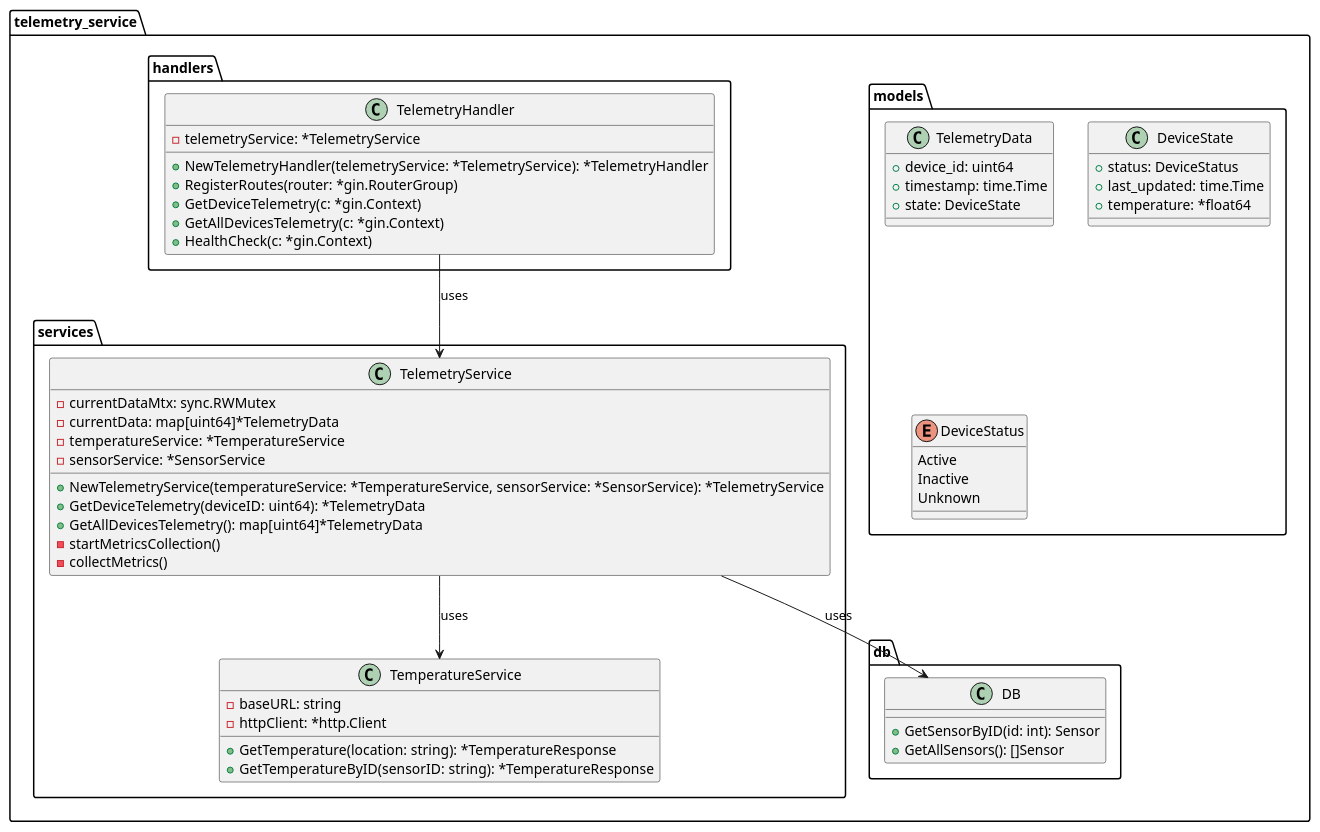
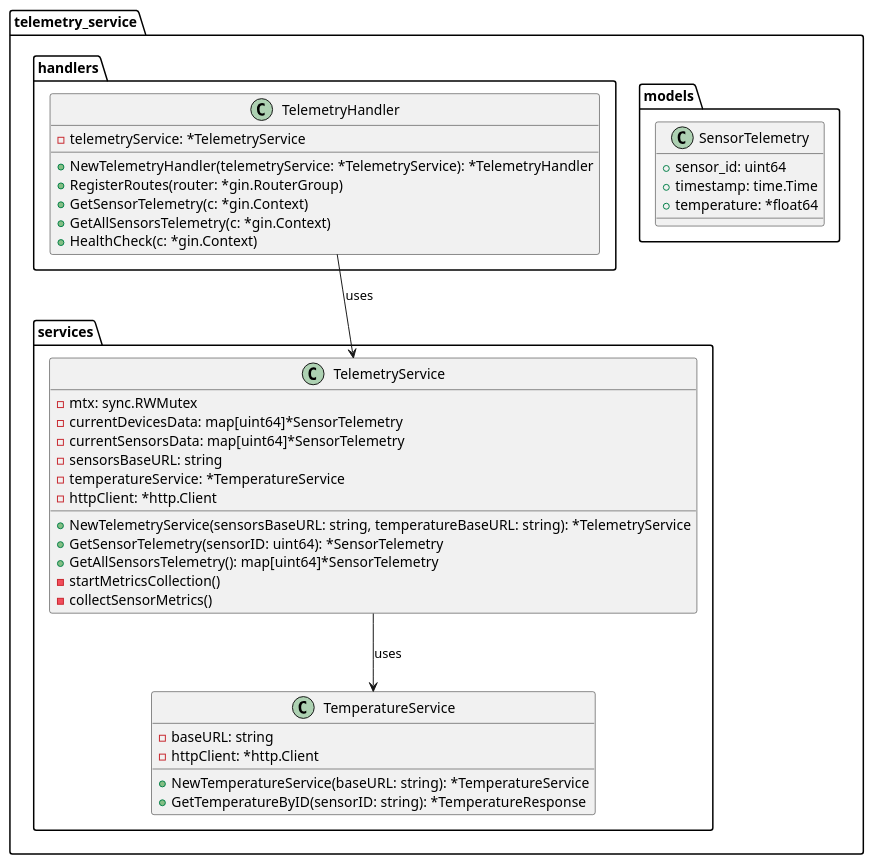
One commit to Ayrtat/architecture-pro-warmhouse changed the diagram in diagrams/microservices/code/telemetry.puml. Above: the diagram before and after it, drawn with PlantUML. The commit also changed 41 other files, not shown here.

```diff
--- a/diagrams/microservices/code/telemetry.puml
+++ b/diagrams/microservices/code/telemetry.puml
@@ -1,71 +1,52 @@
 @startuml
 package "telemetry_service" {
   package "models" {
-    class TelemetryData {
-      + device_id: uint64
+    class SensorTelemetry {
+      + sensor_id: uint64
       + timestamp: time.Time
-      + state: DeviceState
-    }
-
-    class DeviceState {
-      + status: DeviceStatus
-      + last_updated: time.Time
       + temperature: *float64
-    }
-
-    enum DeviceStatus {
-      Active
-      Inactive
-      Unknown
     }
   }
 
   package "handlers" {
     class TelemetryHandler {
       - telemetryService: *TelemetryService
       
       + NewTelemetryHandler(telemetryService: *TelemetryService): *TelemetryHandler
       + RegisterRoutes(router: *gin.RouterGroup)
-      + GetDeviceTelemetry(c: *gin.Context)
-      + GetAllDevicesTelemetry(c: *gin.Context)
+      + GetSensorTelemetry(c: *gin.Context)
+      + GetAllSensorsTelemetry(c: *gin.Context)
       + HealthCheck(c: *gin.Context)
     }
   }
 
   package "services" {
     class TelemetryService {
-      - currentDataMtx: sync.RWMutex
-      - currentData: map[uint64]*TelemetryData
+      - mtx: sync.RWMutex
+      - currentDevicesData: map[uint64]*SensorTelemetry
+      - currentSensorsData: map[uint64]*SensorTelemetry
+      - sensorsBaseURL: string
       - temperatureService: *TemperatureService
-      - sensorService: *SensorService
+      - httpClient: *http.Client
 
-      + NewTelemetryService(temperatureService: *TemperatureService, sensorService: *SensorService): *TelemetryService
-      + GetDeviceTelemetry(deviceID: uint64): *TelemetryData
-      + GetAllDevicesTelemetry(): map[uint64]*TelemetryData
+      + NewTelemetryService(sensorsBaseURL: string, temperatureBaseURL: string): *TelemetryService
+      + GetSensorTelemetry(sensorID: uint64): *SensorTelemetry
+      + GetAllSensorsTelemetry(): map[uint64]*SensorTelemetry
       - startMetricsCollection()
-      - collectMetrics()
+      - collectSensorMetrics()
     }
 
     class TemperatureService {
       - baseURL: string
       - httpClient: *http.Client
    
-      + GetTemperature(location: string): *TemperatureResponse
+      + NewTemperatureService(baseURL: string): *TemperatureService
       + GetTemperatureByID(sensorID: string): *TemperatureResponse
-    }
-  }
-
-  package "db" {
-    class DB {
-      + GetSensorByID(id: int): Sensor
-      + GetAllSensors(): []Sensor
     }
   }
 }
 
 TelemetryHandler --> TelemetryService : uses
 TelemetryService --> TemperatureService : uses
-TelemetryService --> DB : uses
-
 
 @enduml
```
